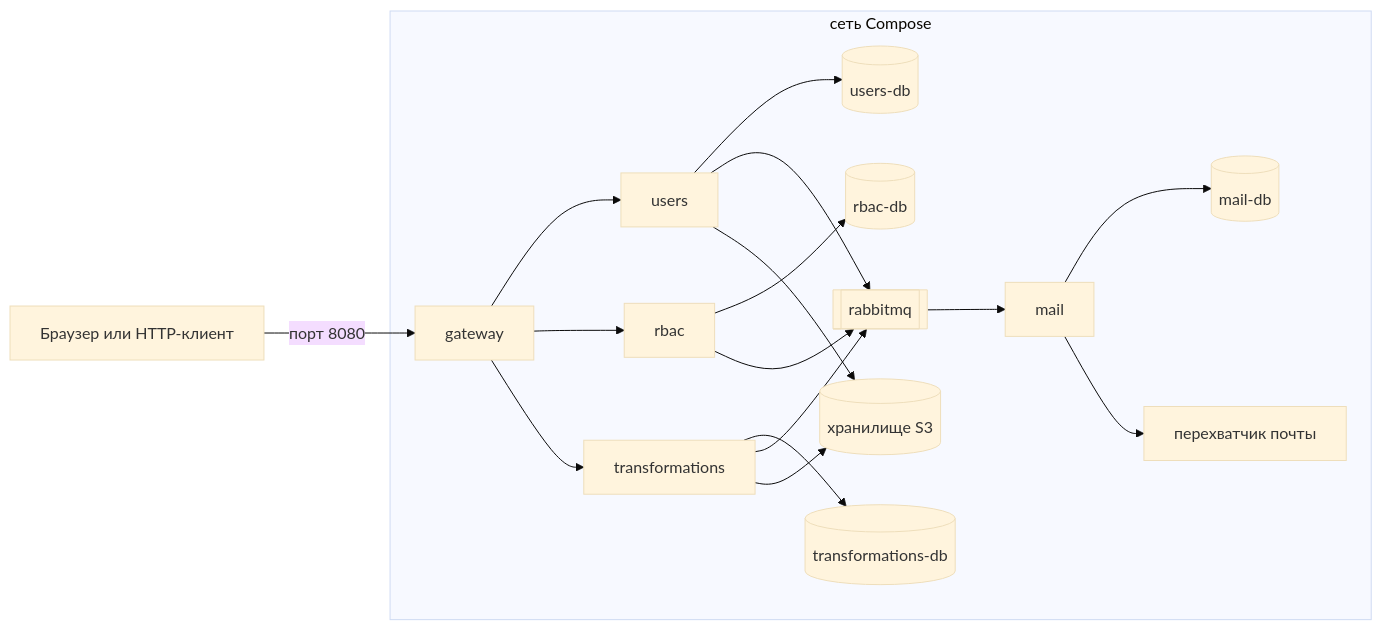
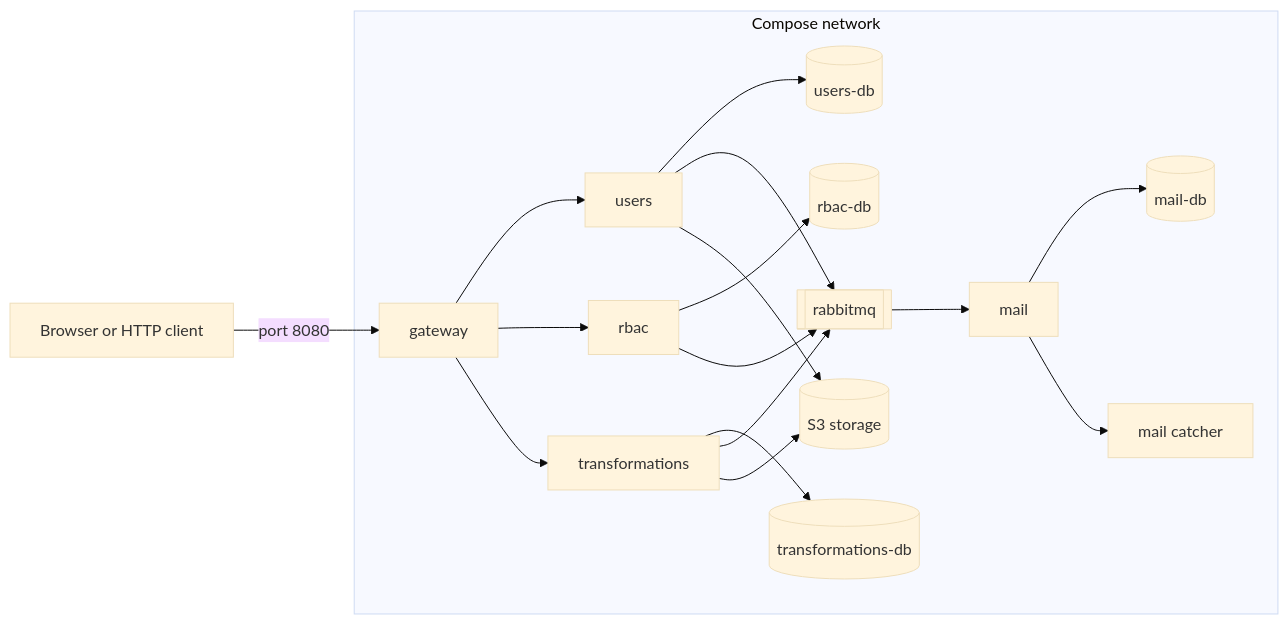
The first of 3 diagrams in courses-content/backend/B/1/en/0.8 Контейнеризация и развёртывание.md (pavel-skripko-innowise/inno-fe-be-a1), drawn with Mermaid (base theme) before and after one commit. The commit also changed other lines of this file and 35 other files, not shown here.

````diff
--- a/courses-content/backend/B/1/en/0.8 Контейнеризация и развёртывание.md
+++ b/courses-content/backend/B/1/en/0.8 Контейнеризация и развёртывание.md
@@ -76,20 +76,20 @@
 ```mermaid
 flowchart LR
-  Host[Браузер или HTTP-клиент] -->|"порт 8080"| Gateway[gateway]
-  subgraph net [сеть Compose]
+  Host[Browser or HTTP client] -->|"port 8080"| Gateway[gateway]
+  subgraph net [Compose network]
     Gateway --> Users[users]
     Gateway --> Rbac[rbac]
     Gateway --> Transform[transformations]
     Users --> UsersDb[(users-db)]
     Rbac --> RbacDb[(rbac-db)]
     Transform --> TransformDb[(transformations-db)]
     Users --> Broker[[rabbitmq]]
     Rbac --> Broker
     Transform --> Broker
     Broker --> Mail[mail]
     Mail --> MailDb[(mail-db)]
-    Mail --> Smtp[перехватчик почты]
-    Users --> S3[(хранилище S3)]
+    Mail --> Smtp[mail catcher]
+    Users --> S3[(S3 storage)]
     Transform --> S3
   end
 ```
````
